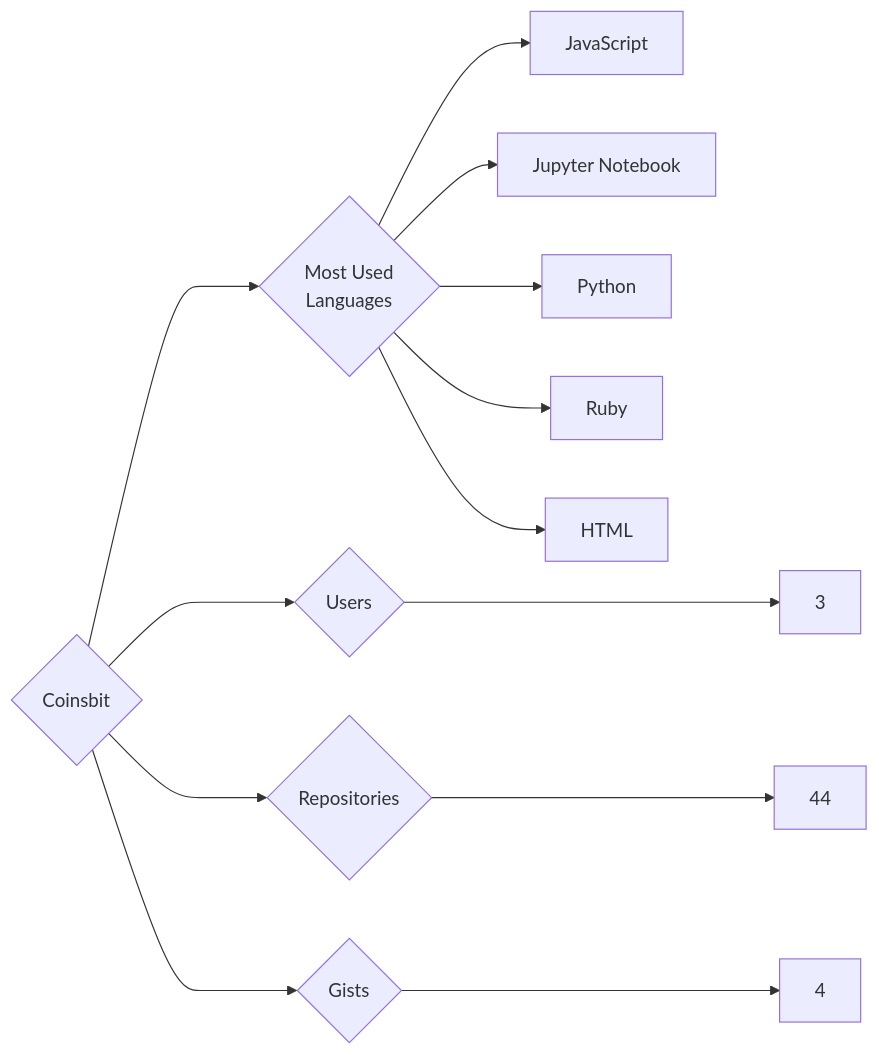
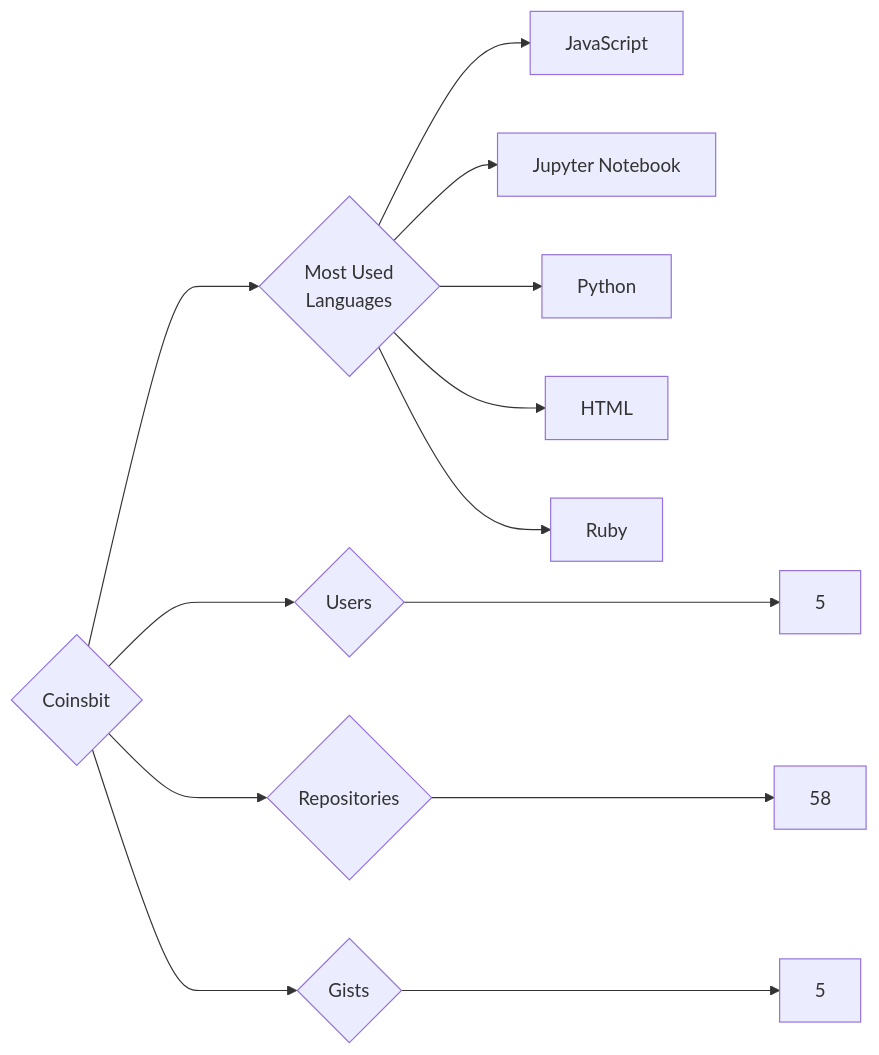
One commit to trickest/insiders changed the diagram in targets/Coinsbit/README.md. Above: the diagram before and after it, drawn with Mermaid. The commit also changed 942 other files, not shown here.

````diff
--- a/targets/Coinsbit/README.md
+++ b/targets/Coinsbit/README.md
@@ -3,13 +3,13 @@
 ```mermaid
 graph LR
 COMPANY_NAME{Coinsbit}
-COMPANY_NAME ---> U{Users} ---> UN[3]
-COMPANY_NAME ---> R{Repositories} ---> RN[44]
-COMPANY_NAME ---> G{Gists} ---> GN[4]
+COMPANY_NAME ---> U{Users} ---> UN[5]
+COMPANY_NAME ---> R{Repositories} ---> RN[58]
+COMPANY_NAME ---> G{Gists} ---> GN[5]
 COMPANY_NAME ---> ML{Most Used<br>Languages}
 ML --> JavaScript[JavaScript]
 ML --> Jupyter_Notebook[Jupyter Notebook]
 ML --> Python[Python]
+ML --> HTML[HTML]
 ML --> Ruby[Ruby]
-ML --> HTML[HTML]
 ```
````
